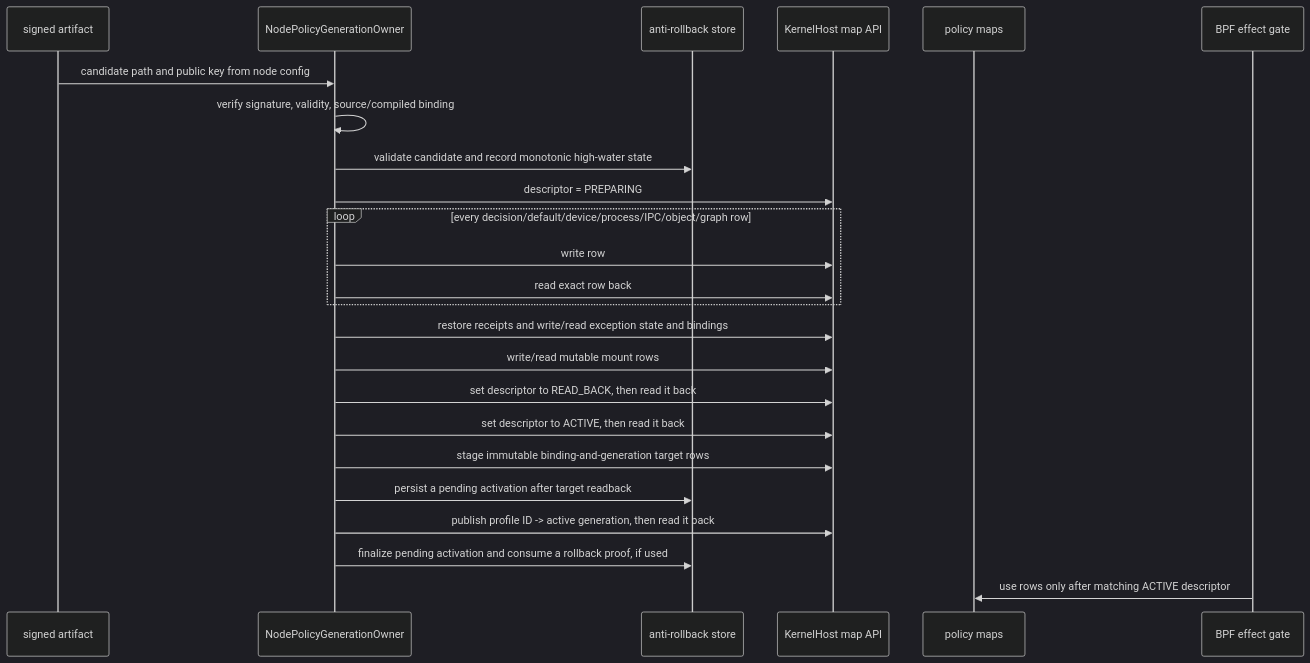
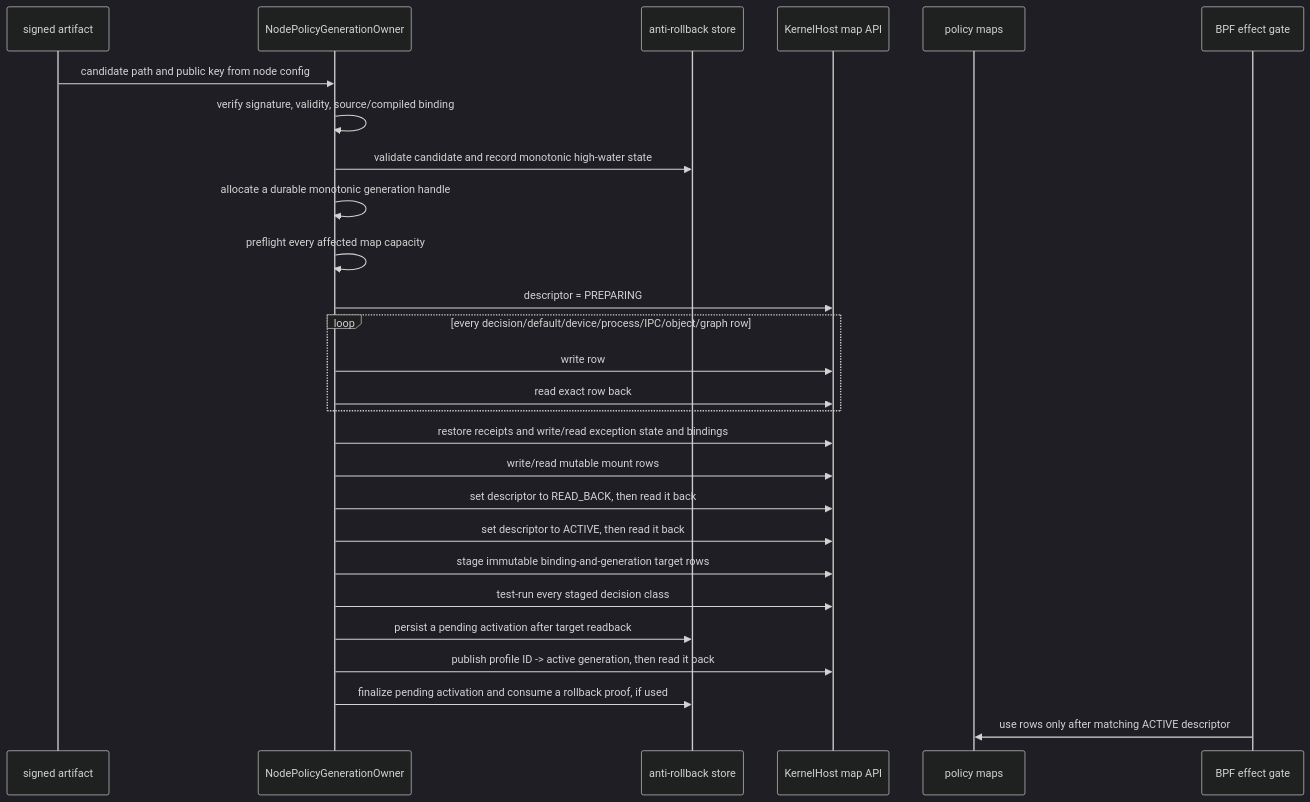
Before and after one commit to Ereborlabs/erebor-runtime: the tenth of 20 diagrams in docs/plans/mithril-hugging-face-intrusion-prevention/implemented-phase-review.md, drawn with Mermaid (dark theme). The commit also changed other lines of this file and 67 other files, not shown here.

````diff
--- a/docs/plans/mithril-hugging-face-intrusion-prevention/implemented-phase-review.md
+++ b/docs/plans/mithril-hugging-face-intrusion-prevention/implemented-phase-review.md
@@ -717,27 +768,30 @@
 ```mermaid
 sequenceDiagram
     participant A as signed artifact
     participant N as NodePolicyGenerationOwner
     participant R as anti-rollback store
     participant H as KernelHost map API
     participant M as policy maps
     participant G as BPF effect gate
 
     A->>N: candidate path and public key from node config
     N->>N: verify signature, validity, source/compiled binding
     N->>R: validate candidate and record monotonic high-water state
+    N->>N: allocate a durable monotonic generation handle
+    N->>N: preflight every affected map capacity
     N->>H: descriptor = PREPARING
     loop every decision/default/device/process/IPC/object/graph row
         N->>H: write row
         N->>H: read exact row back
     end
     N->>H: restore receipts and write/read exception state and bindings
     N->>H: write/read mutable mount rows
     N->>H: set descriptor to READ_BACK, then read it back
     N->>H: set descriptor to ACTIVE, then read it back
     N->>H: stage immutable binding-and-generation target rows
+    N->>H: test-run every staged decision class
     N->>R: persist a pending activation after target readback
     N->>H: publish profile ID -> active generation, then read it back
     N->>R: finalize pending activation and consume a rollback proof, if used
     G->>M: use rows only after matching ACTIVE descriptor
 ```
````
